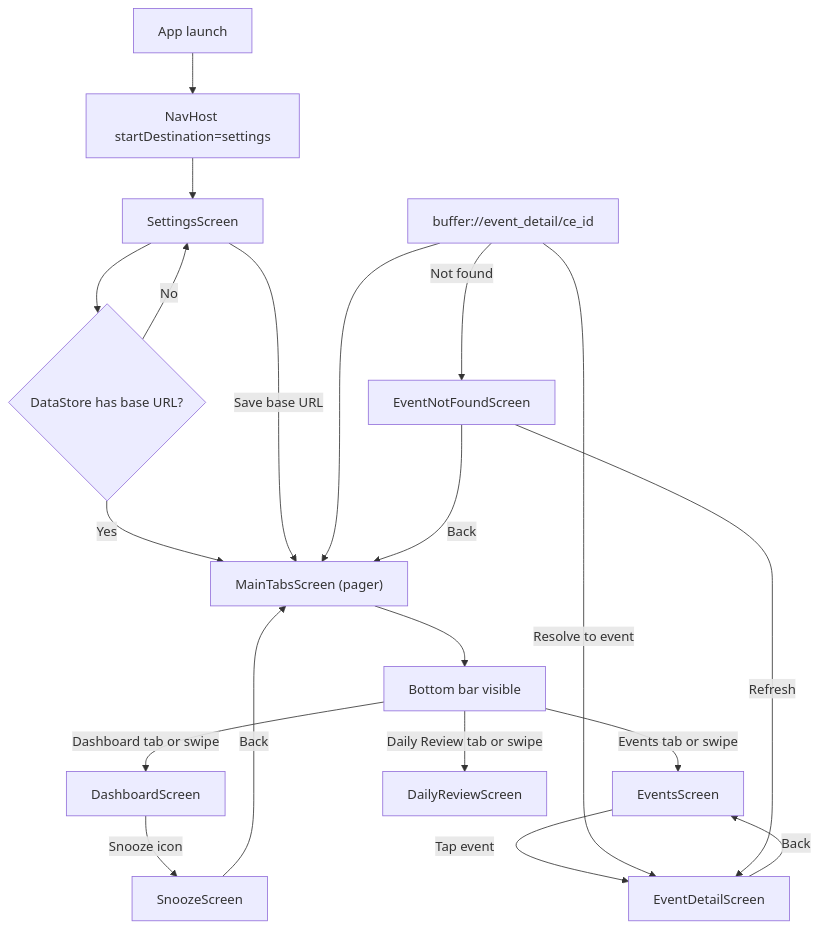
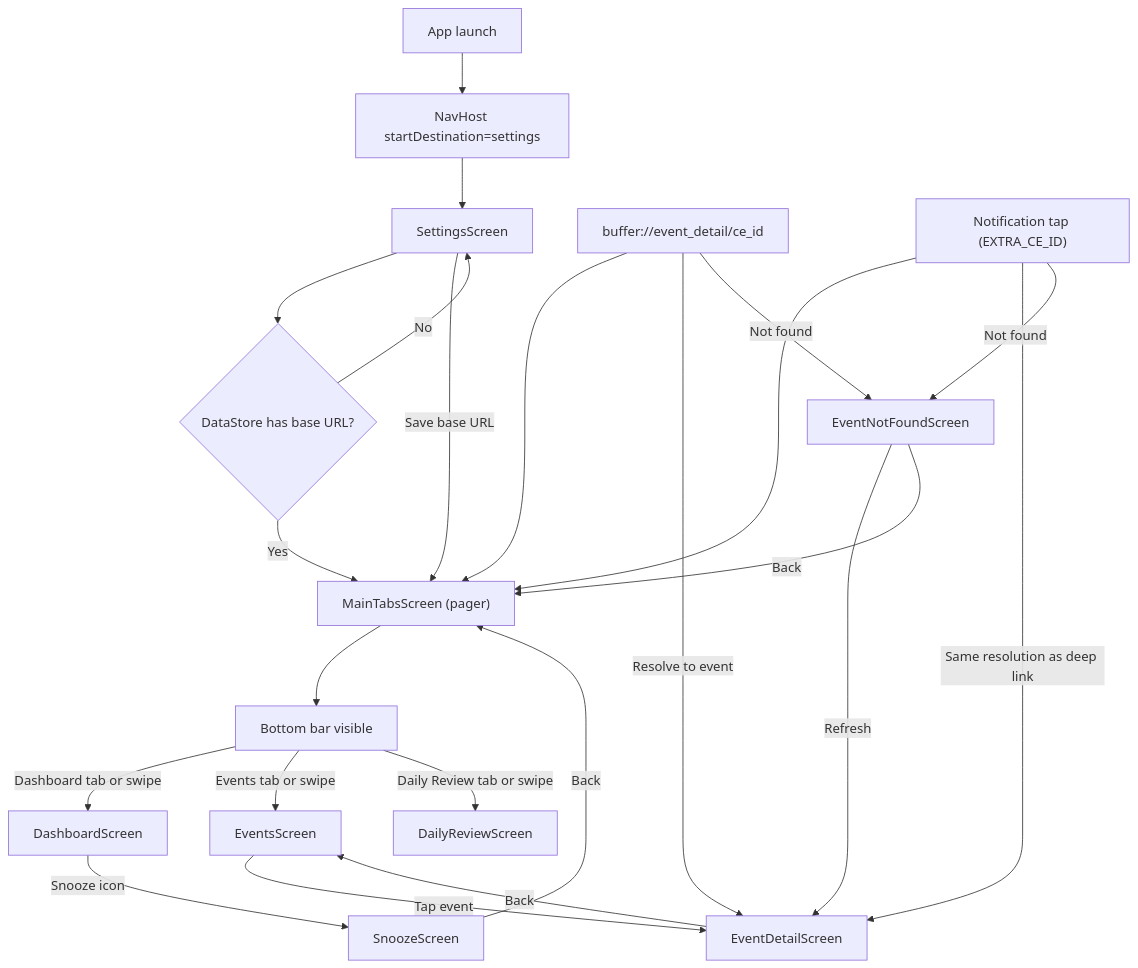
Before and after one commit to jballard86/Frigate_Event_Viewer: the diagram in docs/UI_MAP.md, drawn with Mermaid. The commit also changed other lines of this file and 20 other files, not shown here.

````diff
--- a/docs/UI_MAP.md
+++ b/docs/UI_MAP.md
@@ -29,33 +29,36 @@
 ```mermaid
 flowchart TD
     appLaunch["App launch"]
     navHost["NavHost startDestination=settings"]
     hasBaseUrl{"DataStore has base URL?"}
     settingsScreen["SettingsScreen"]
     mainTabs["MainTabsScreen (pager)"]
     dashboard["DashboardScreen"]
     events["EventsScreen"]
     dailyReview["DailyReviewScreen"]
     eventDetail["EventDetailScreen"]
     bottomBar["Bottom bar visible"]
 
     appLaunch --> navHost
     navHost --> settingsScreen
     settingsScreen --> hasBaseUrl
     hasBaseUrl -->|Yes| mainTabs
     hasBaseUrl -->|No| settingsScreen
     settingsScreen -->|Save base URL| mainTabs
     mainTabs --> bottomBar
     bottomBar -->|Dashboard tab or swipe| dashboard
     bottomBar -->|Events tab or swipe| events
     bottomBar -->|Daily Review tab or swipe| dailyReview
     events -->|Tap event| eventDetail
     eventDetail -->|Back| events
     deeplink["buffer://event_detail/ce_id"] --> mainTabs
     deeplink -->|Resolve to event| eventDetail
     deeplink -->|Not found| eventNotFound["EventNotFoundScreen"]
+    notificationTap["Notification tap (EXTRA_CE_ID)"] --> mainTabs
+    notificationTap -->|Same resolution as deep link| eventDetail
+    notificationTap -->|Not found| eventNotFound
     eventNotFound -->|Refresh| eventDetail
     eventNotFound -->|Back| mainTabs
     dashboard -->|Snooze icon| snooze["SnoozeScreen"]
     snooze -->|Back| mainTabs
 ```
````
